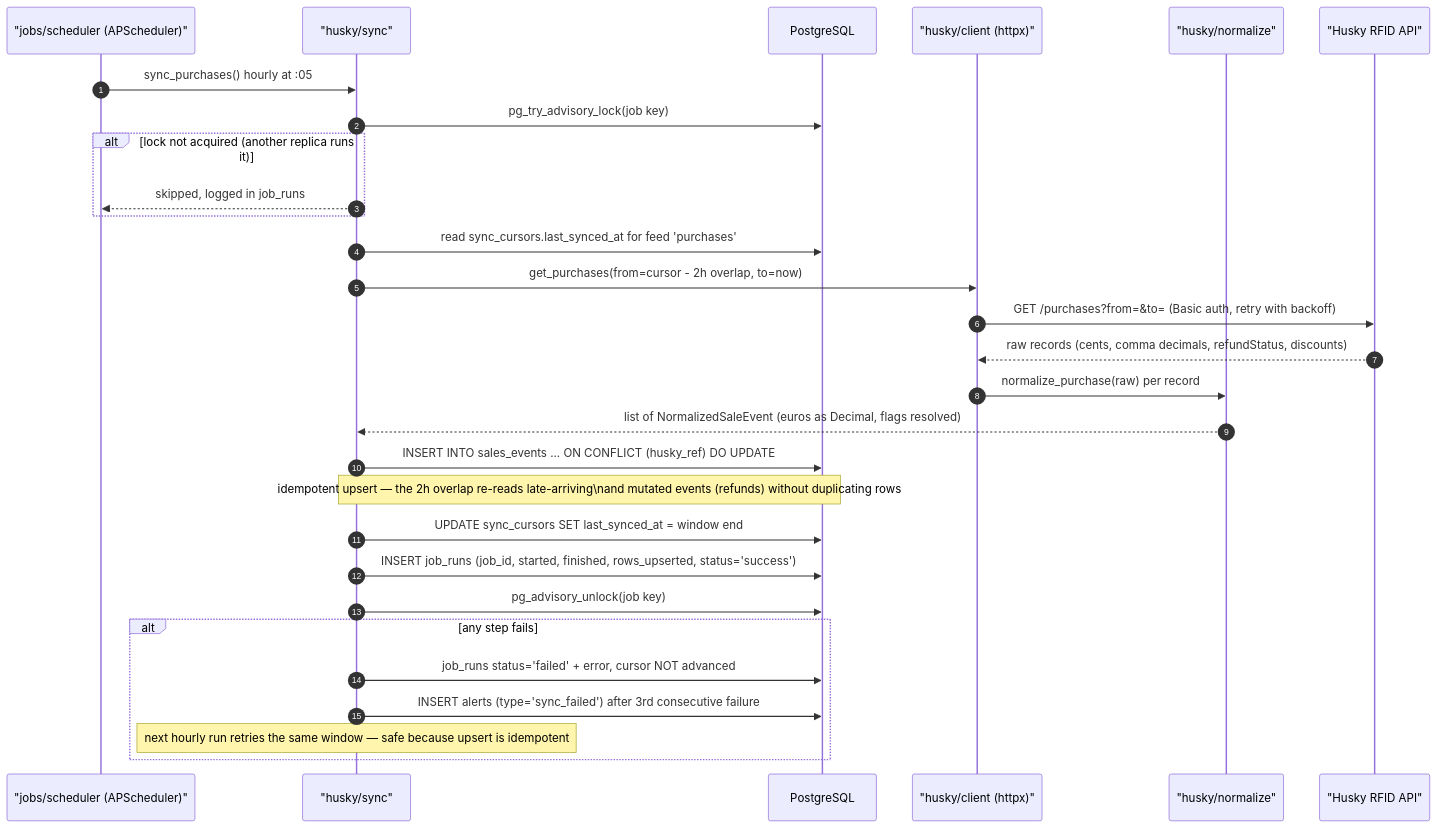
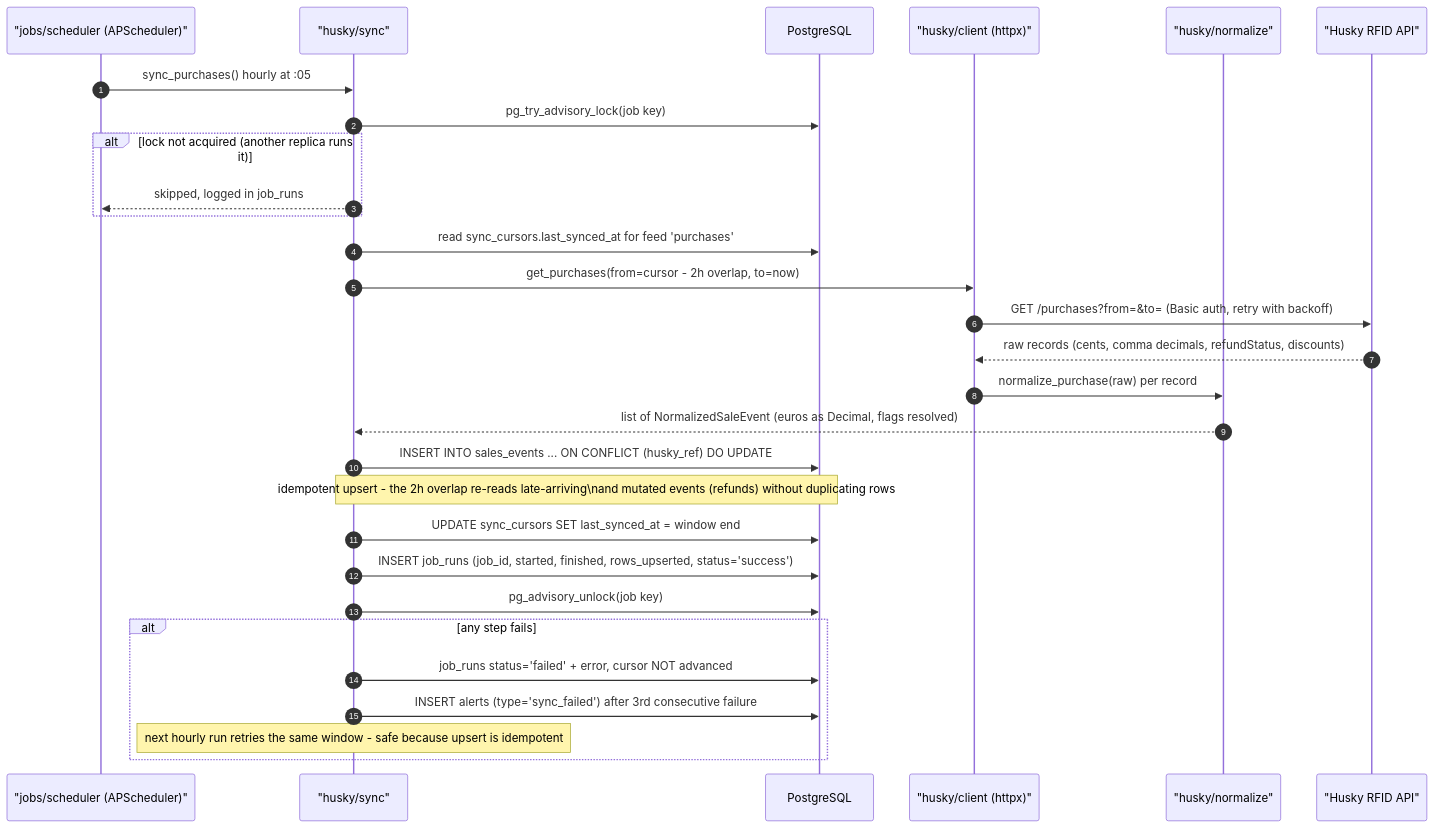
The fourth of 4 diagrams in architecture/backend/README.md (1504168/frigoloco-web), drawn with Mermaid before and after one commit. The commit also changed other lines of this file and 110 other files, not shown here.

````diff
--- a/architecture/backend/README.md
+++ b/architecture/backend/README.md
@@ -593,32 +593,32 @@
 ```mermaid
 sequenceDiagram
     autonumber
     participant SCH as "jobs/scheduler (APScheduler)"
     participant SY as "husky/sync"
     participant DB as PostgreSQL
     participant HC as "husky/client (httpx)"
     participant NZ as "husky/normalize"
     participant API as "Husky RFID API"
 
     SCH->>SY: sync_purchases() hourly at :05
     SY->>DB: pg_try_advisory_lock(job key)
     alt lock not acquired (another replica runs it)
         SY-->>SCH: skipped, logged in job_runs
     end
     SY->>DB: read sync_cursors.last_synced_at for feed 'purchases'
     SY->>HC: get_purchases(from=cursor - 2h overlap, to=now)
     HC->>API: GET /purchases?from=&to= (Basic auth, retry with backoff)
     API-->>HC: raw records (cents, comma decimals, refundStatus, discounts)
     HC->>NZ: normalize_purchase(raw) per record
     NZ-->>SY: list of NormalizedSaleEvent (euros as Decimal, flags resolved)
     SY->>DB: INSERT INTO sales_events ... ON CONFLICT (husky_ref) DO UPDATE
-    note over SY,DB: idempotent upsert — the 2h overlap re-reads late-arriving\nand mutated events (refunds) without duplicating rows
+    note over SY,DB: idempotent upsert - the 2h overlap re-reads late-arriving\nand mutated events (refunds) without duplicating rows
     SY->>DB: UPDATE sync_cursors SET last_synced_at = window end
     SY->>DB: INSERT job_runs (job_id, started, finished, rows_upserted, status='success')
     SY->>DB: pg_advisory_unlock(job key)
     alt any step fails
         SY->>DB: job_runs status='failed' + error, cursor NOT advanced
         SY->>DB: INSERT alerts (type='sync_failed') after 3rd consecutive failure
-        note over SY: next hourly run retries the same window — safe because upsert is idempotent
+        note over SY: next hourly run retries the same window - safe because upsert is idempotent
     end
 ```
````
